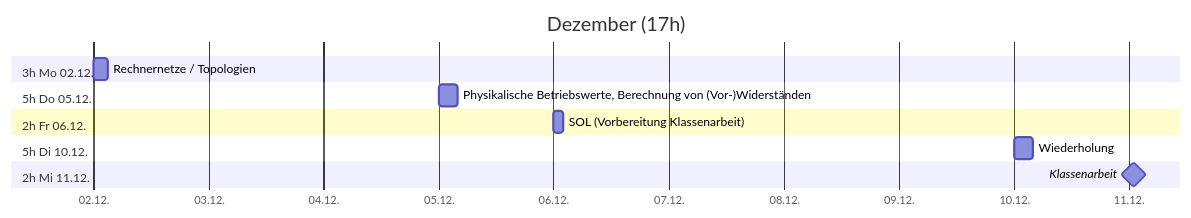
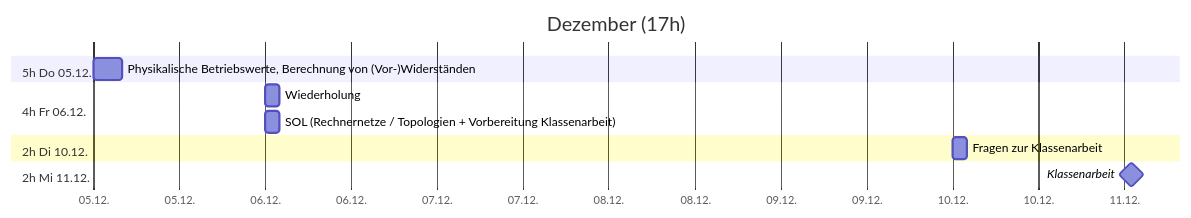
The third of 6 diagrams in src/plan.md (passa-wq/LF7), drawn with Mermaid before and after one commit. The commit also changed other lines of this file, not shown here.

````diff
--- a/src/plan.md
+++ b/src/plan.md
@@ -31,16 +32,15 @@
 ```mermaid
 gantt
  title Dezember (17h)
  dateFormat YYYY-MM-DD
  axisFormat %d.%m.
- section 3h Mo 02.12.
-  Rechnernetze / Topologien   :2024-12-02, 3h
  section 5h Do 05.12.
   Physikalische Betriebswerte, Berechnung von (Vor-)Widerständen  :2024-12-05, 4h
- section 2h Fr 06.12.
-  SOL (Vorbereitung Klassenarbeit)  :2024-12-06, 2h
- section 5h Di 10.12.
-  Wiederholung                :2024-12-10, 4h
+ section 4h Fr 06.12.
+  Wiederholung                :2024-12-06, 2h
+  SOL (Rechnernetze / Topologien + Vorbereitung Klassenarbeit)  :2024-12-06, 2h
+ section 2h Di 10.12.
+  Fragen zur Klassenarbeit    :2024-12-10, 2h
  section 2h Mi 11.12.
   Klassenarbeit               :milestone, 2024-12-11, 2h
 ```
````
